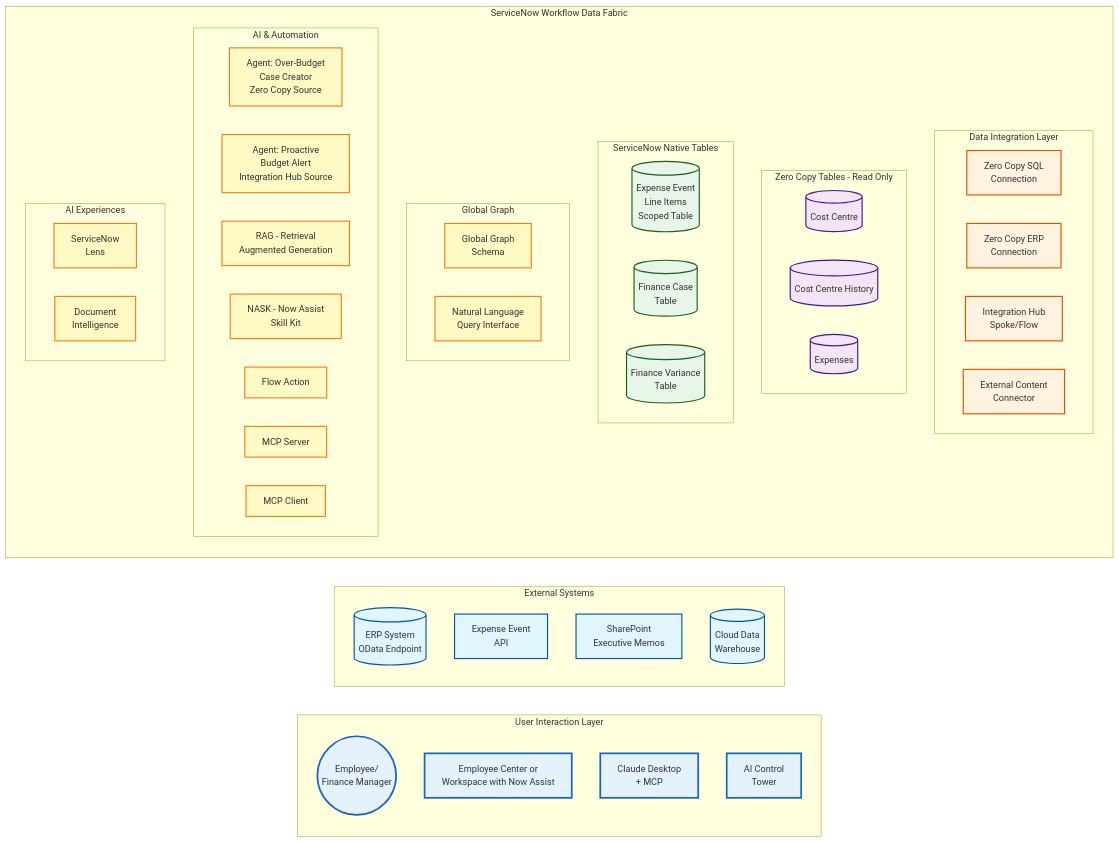
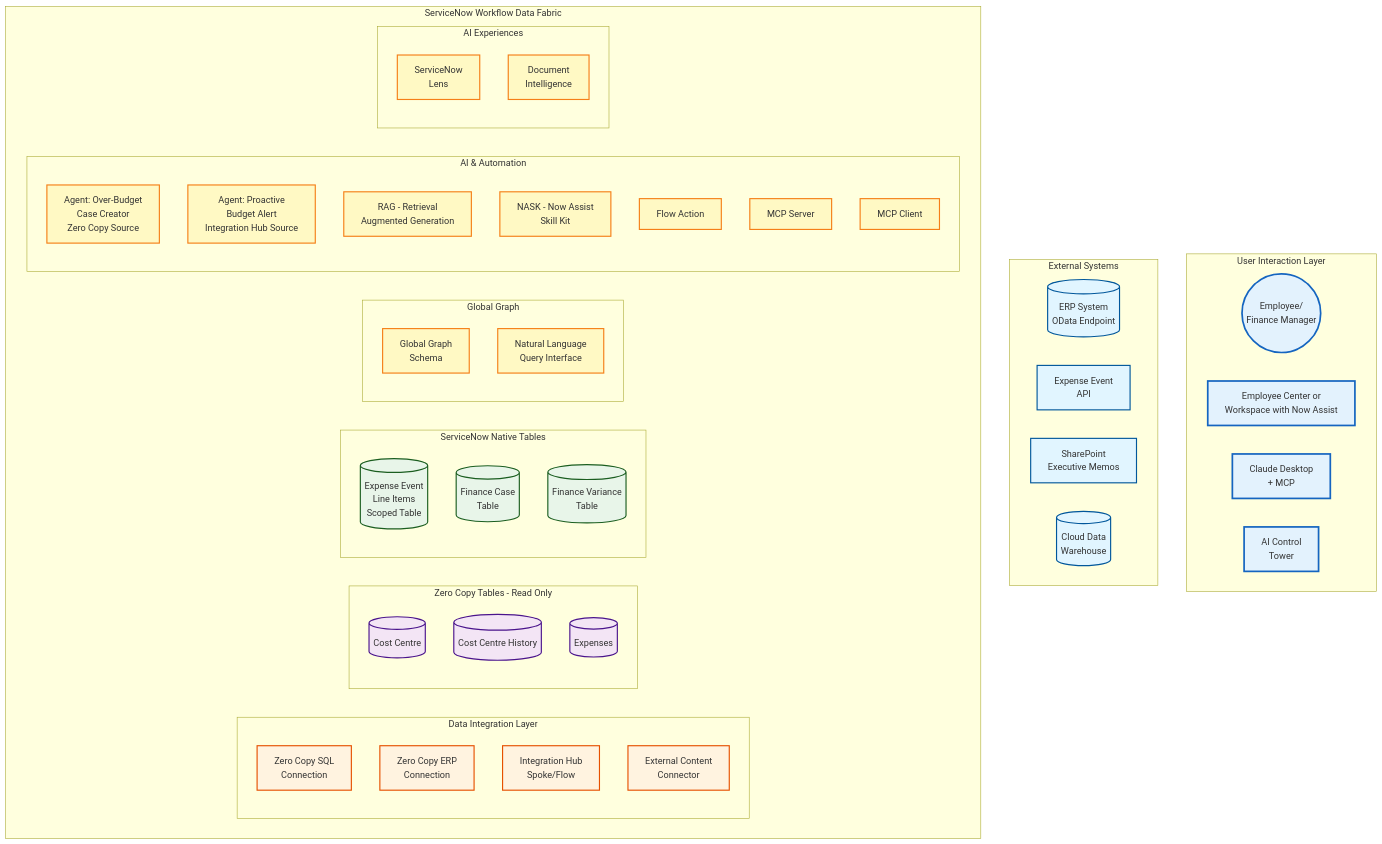
One commit to leojacinto/WorkflowDataFabric-TypeA changed the first of 2 diagrams in WDF_Diagrams.md. Above: the diagram before and after it, drawn with Mermaid.

````diff
--- a/WDF_Diagrams.md
+++ b/WDF_Diagrams.md
@@ -12,72 +12,72 @@
 ```mermaid
-graph LR
+graph TD
     subgraph "User Interaction Layer"
         Employee((Employee/<br/>Finance Manager))
         EC[Employee Center or<br/>Workspace with Now Assist]
         ClaudeDesktop[Claude Desktop<br/>+ MCP]
         ControlTower[AI Control<br/>Tower]
     end
 
     subgraph "External Systems"
         ERP[(ERP System<br/>OData Endpoint)]
         ExpenseAPI[Expense Event<br/>API]
         SharePoint[SharePoint<br/>Executive Memos]
         CDW[(Cloud Data<br/>Warehouse)]
     end
 
     subgraph "ServiceNow Workflow Data Fabric"
         subgraph "Data Integration Layer"
             ZeroCopySQL[Zero Copy SQL<br/>Connection]
             ZeroCopyERP[Zero Copy ERP<br/>Connection]
             IntHub[Integration Hub<br/>Spoke/Flow]
             ExtContent[External Content<br/>Connector]
         end
 
         subgraph "Zero Copy Tables - Read Only"
             ZCCC[(Cost Centre)]
             ZCCH[(Cost Centre History)]
             ZCExp[(Expenses)]
         end
 
         subgraph "ServiceNow Native Tables"
             ExpenseTable[(Expense Event<br/>Line Items<br/>Scoped Table)]
             FinCase[(Finance Case<br/>Table)]
             FinVar[(Finance Variance<br/>Table)]
         end
 
         subgraph "Global Graph"
             GGraph[Global Graph<br/>Schema]
             NLQuery[Natural Language<br/>Query Interface]
         end
 
         subgraph "AI & Automation"
             Agent1[Agent: Over-Budget<br/>Case Creator<br/>Zero Copy Source]
             Agent2[Agent: Proactive<br/>Budget Alert<br/>Integration Hub Source]
             RAG[RAG - Retrieval<br/>Augmented Generation]
             NASK[NASK - Now Assist<br/>Skill Kit]
             FlowAction[Flow Action]
             MCP[MCP Server]
             MCPC[MCP Client]
         end
 
         subgraph "AI Experiences"
             Lens["ServiceNow</br>Lens"]
             DocIntel["Document</br>Intelligence"]
         end
     end
 
     %% Styling
     classDef external fill:#e1f5ff,stroke:#01579b,stroke-width:2px
     classDef integration fill:#fff3e0,stroke:#e65100,stroke-width:2px
     classDef zeroCopy fill:#f3e5f5,stroke:#4a148c,stroke-width:2px
     classDef native fill:#e8f5e9,stroke:#1b5e20,stroke-width:2px
     classDef ai fill:#fff9c4,stroke:#f57f17,stroke-width:2px
     classDef user fill:#e3f2fd,stroke:#1565c0,stroke-width:3px
 
     class ERP,ExpenseAPI,SharePoint,CDW external
     class ZeroCopySQL,ZeroCopyERP,IntHub,ExtContent integration
     class ZCCC,ZCCH,ZCExp zeroCopy
     class ExpenseTable,FinCase,FinVar native
     class Agent1,Agent2,RAG,NASK,FlowAction,MCP,MCPC,GGraph,NLQuery,Lens,DocIntel ai
     class Employee,EC,ControlTower,ClaudeDesktop user
 ```
````
